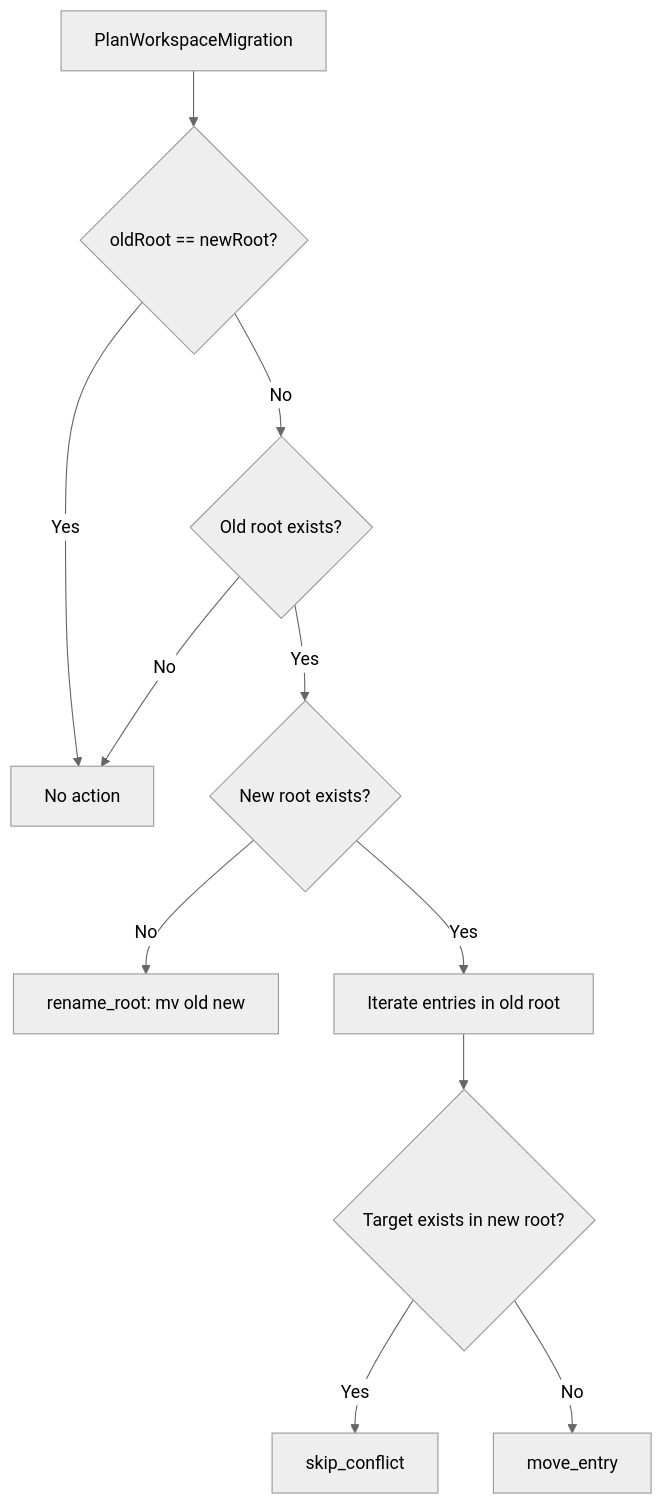
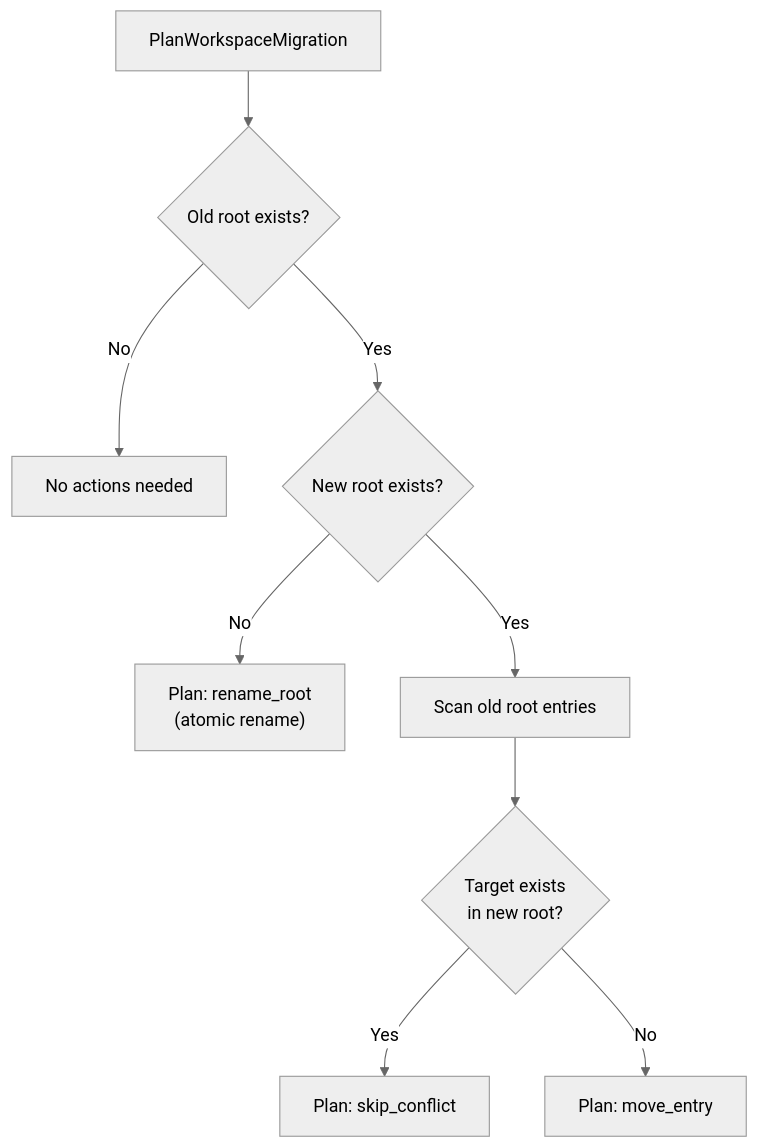
Before and after one commit to bradAGI/Orchestra: the second of 2 diagrams in docs/backend/workspace.md, drawn with Mermaid (neutral theme). The commit also changed other lines of this file and 1 other file, not shown here.

First line of the commit message:
docs: update workspace documentation

````diff
--- a/docs/backend/workspace.md
+++ b/docs/backend/workspace.md
@@ -219,13 +147,11 @@
 ```mermaid
 flowchart TD
-    START[PlanWorkspaceMigration] --> A{oldRoot == newRoot?}
-    A -->|Yes| NOOP[No action]
-    A -->|No| B{Old root exists?}
-    B -->|No| NOOP
-    B -->|Yes| C{New root exists?}
-    C -->|No| D[rename_root: mv old new]
-    C -->|Yes| E[Iterate entries in old root]
-    E --> F{Target exists in new root?}
-    F -->|Yes| G[skip_conflict]
-    F -->|No| H[move_entry]
+    A[PlanWorkspaceMigration] --> B{Old root exists?}
+    B -->|No| C[No actions needed]
+    B -->|Yes| D{New root exists?}
+    D -->|No| E["Plan: rename_root<br/>(atomic rename)"]
+    D -->|Yes| F[Scan old root entries]
+    F --> G{Target exists<br/>in new root?}
+    G -->|Yes| H["Plan: skip_conflict"]
+    G -->|No| I["Plan: move_entry"]
 ```
````
